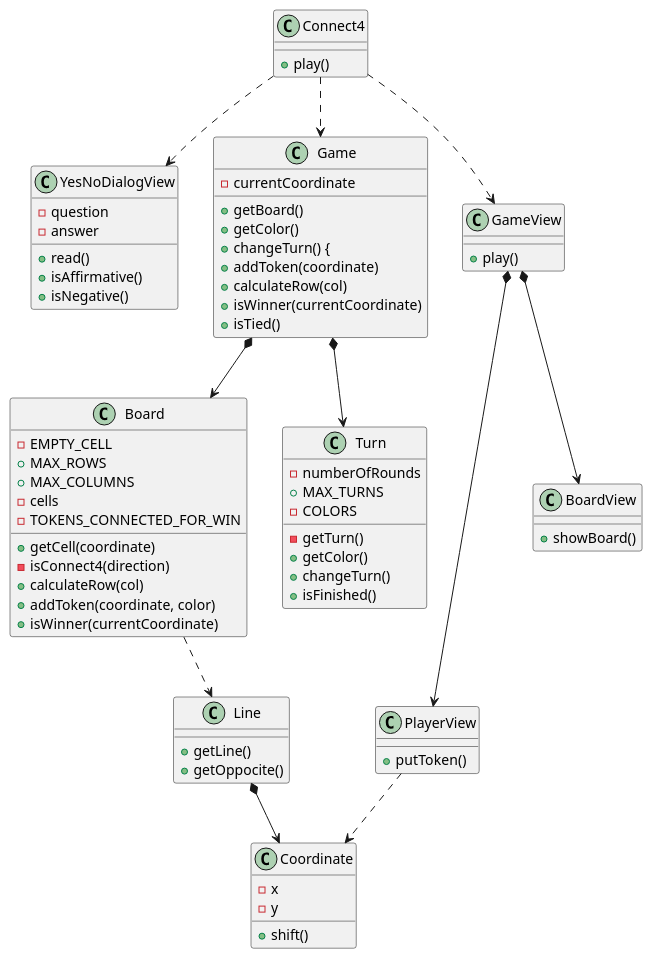
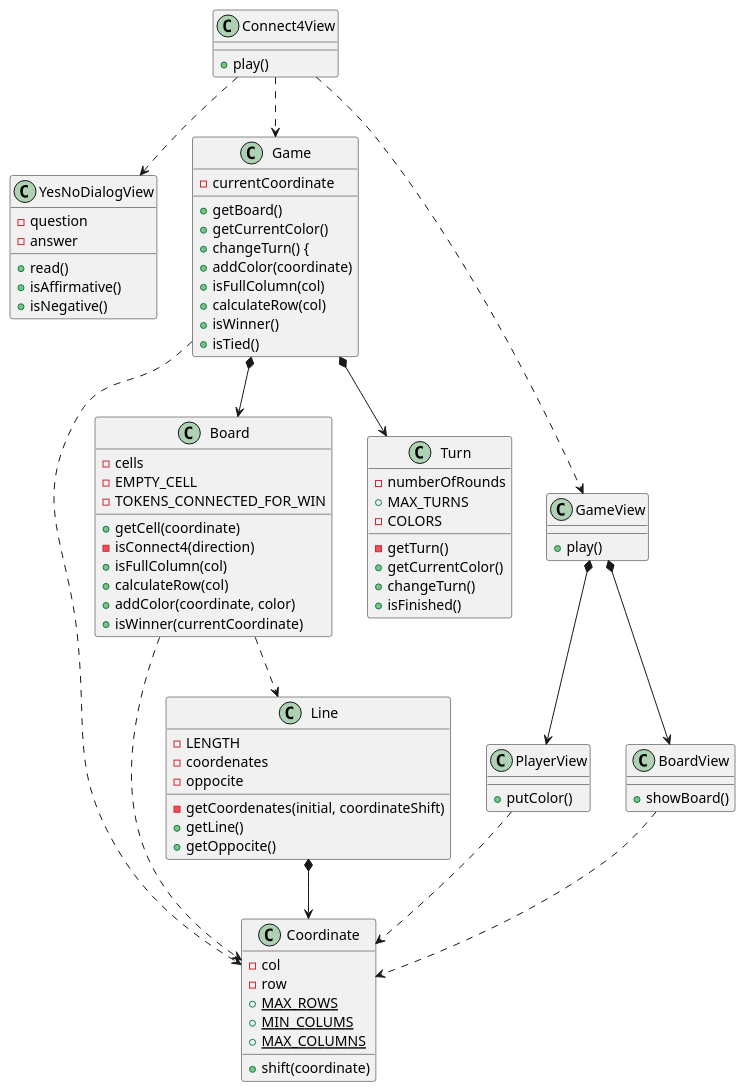
The diagram in con-vistas-separadas/v3/diagramClass.plantuml (Edmundo-Ogaz/connect4), drawn with PlantUML before and after one commit. The commit also changed 11 other files, not shown here.

```diff
--- a/con-vistas-separadas/v3/diagramClass.plantuml
+++ b/con-vistas-separadas/v3/diagramClass.plantuml
@@ -1,61 +1,71 @@
 @startuml
-Connect4 ..> YesNoDialogView
-Connect4 ..> Game
-Connect4 ..> GameView
-Connect4 : + play()
+Connect4View ..> YesNoDialogView
+Connect4View ..> Game
+Connect4View ..> GameView
+Connect4View : + play()
 
 YesNoDialogView : - question
 YesNoDialogView : - answer
 YesNoDialogView : + read()
 YesNoDialogView : + isAffirmative()
 YesNoDialogView : + isNegative()
 
 GameView : + play()
 GameView *--> PlayerView
 GameView *--> BoardView
 
-PlayerView : + putToken()
+PlayerView : + putColor()
 PlayerView ..> Coordinate
 
 BoardView : + showBoard()
+BoardView ..> Coordinate
 
 Game : - currentCoordinate
 Game *--> Board
 Game *--> Turn
 Game : + getBoard()
-Game : + getColor()
+Game : + getCurrentColor()
 Game : + changeTurn() {
-Game : + addToken(coordinate)
+Game : + addColor(coordinate)
+Game : + isFullColumn(col)
 Game : + calculateRow(col)
-Game : + isWinner(currentCoordinate)
+Game : + isWinner()
 Game : + isTied()
+Game ..> Coordinate
 
 Board ..> Line
+Board ..> Coordinate
+Board : - cells
 Board : - EMPTY_CELL
-Board : + MAX_ROWS
-Board : + MAX_COLUMNS
-Board : - cells
 Board : - TOKENS_CONNECTED_FOR_WIN
 Board : + getCell(coordinate)
 Board : - isConnect4(direction)
+Board : + isFullColumn(col)
 Board : + calculateRow(col)
-Board : + addToken(coordinate, color)
+Board : + addColor(coordinate, color)
 Board : + isWinner(currentCoordinate)
 
 Turn : - numberOfRounds
 Turn : + MAX_TURNS
 Turn : - COLORS
 Turn : - getTurn()
-Turn : + getColor()
+Turn : + getCurrentColor()
 Turn : + changeTurn()
 Turn : + isFinished()
 
 Line *--> Coordinate
+Line : - LENGTH
+Line : - coordenates
+Line : - oppocite
+Line : - getCoordenates(initial, coordinateShift)
 Line : + getLine()
 Line : + getOppocite()
 
-Coordinate : - x
-Coordinate : - y
-Coordinate : + shift()
+Coordinate : - col
+Coordinate : - row
+Coordinate : + shift(coordinate)
+Coordinate : + {static} MAX_ROWS
+Coordinate : + {static} MIN_COLUMS
+Coordinate : + {static} MAX_COLUMNS
 
 @enduml
```
